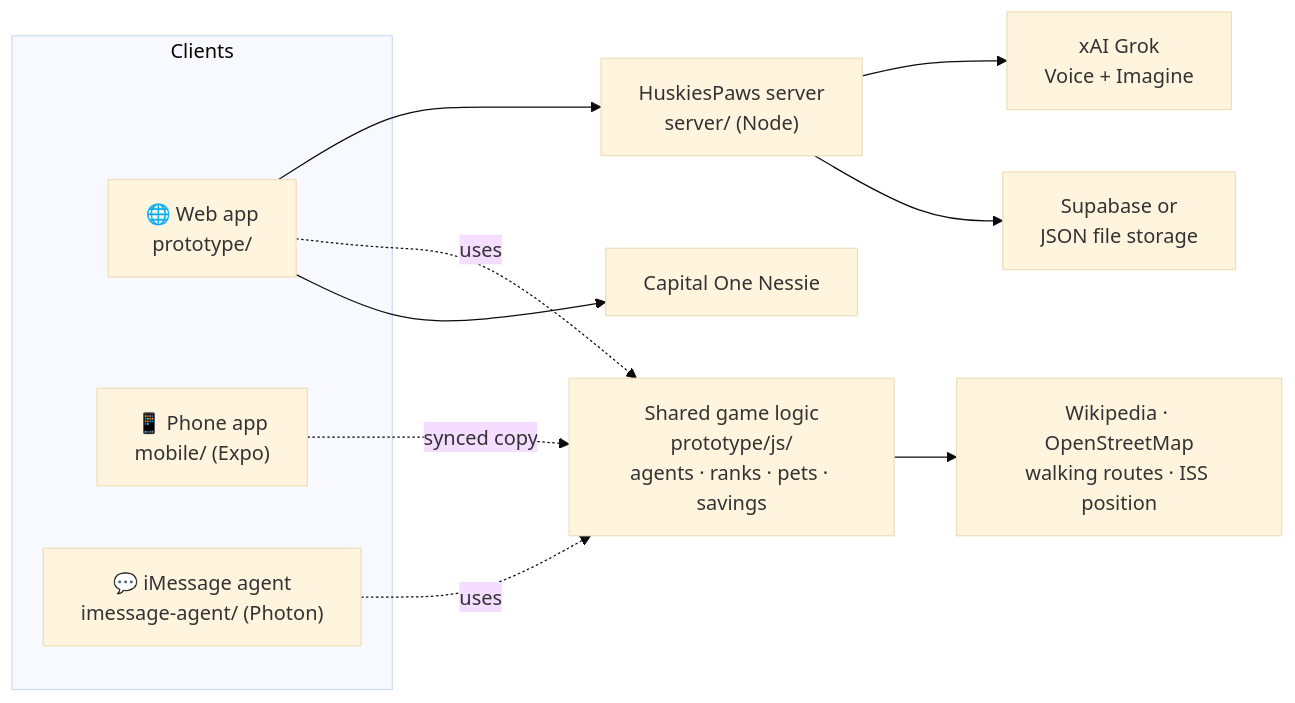
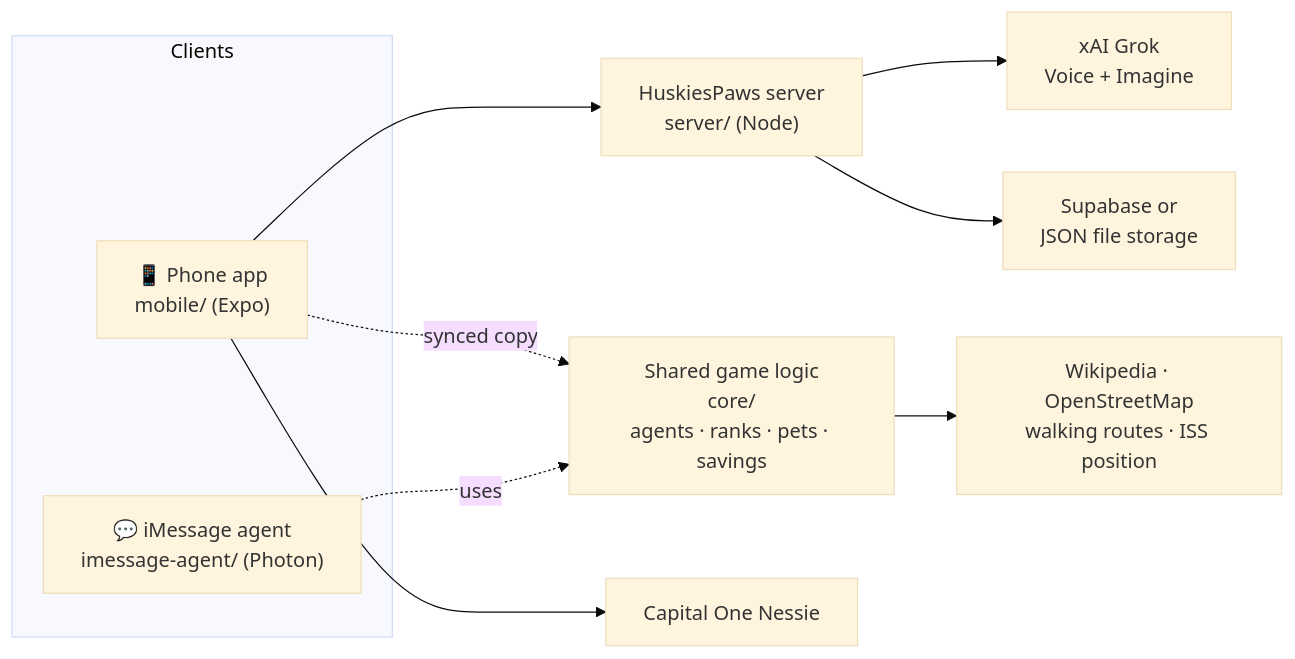
Before and after one commit to LuisMend12/HuskiesPaws: the diagram in README.md, drawn with Mermaid (base theme). The commit also changed other lines of this file and 51 other files, not shown here.

First line of the commit message:
Drop the web app; move shared logic to core/ and add the work split

````diff
--- a/README.md
+++ b/README.md
@@ -65,18 +65,16 @@
 ```mermaid
 flowchart LR
   subgraph Clients
-    Web["🌐 Web app<br/>prototype/"]
     Phone["📱 Phone app<br/>mobile/ (Expo)"]
     IM["💬 iMessage agent<br/>imessage-agent/ (Photon)"]
   end
-  Core["Shared game logic<br/>prototype/js/<br/>agents · ranks · pets · savings"]
+  Core["Shared game logic<br/>core/<br/>agents · ranks · pets · savings"]
   Server["HuskiesPaws server<br/>server/ (Node)"]
-  Web --> Server
-  Web -.uses.-> Core
+  Phone --> Server
   Phone -.synced copy.-> Core
   IM -.uses.-> Core
   Server --> Grok["xAI Grok<br/>Voice + Imagine"]
   Server --> DB["Supabase or<br/>JSON file storage"]
-  Web --> Nessie["Capital One Nessie"]
+  Phone --> Nessie["Capital One Nessie"]
   Core --> Data["Wikipedia · OpenStreetMap<br/>walking routes · ISS position"]
 ```
````
